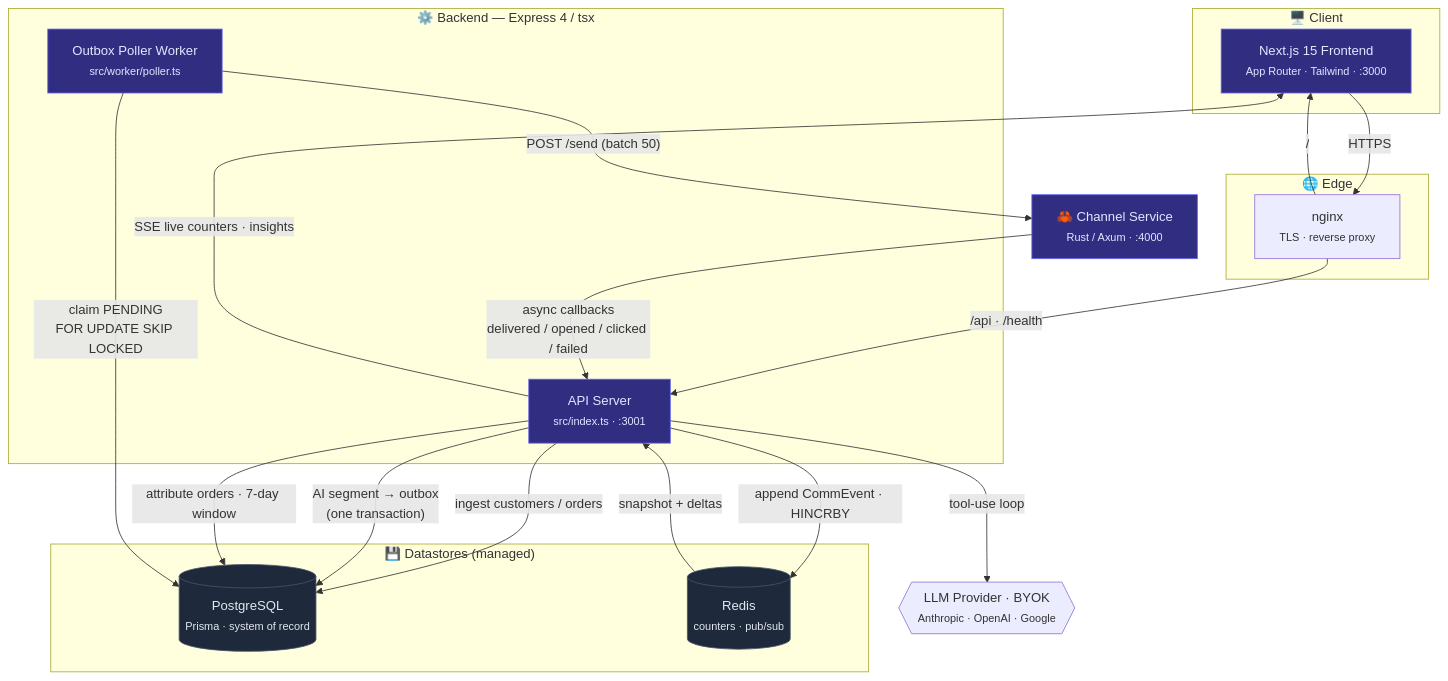
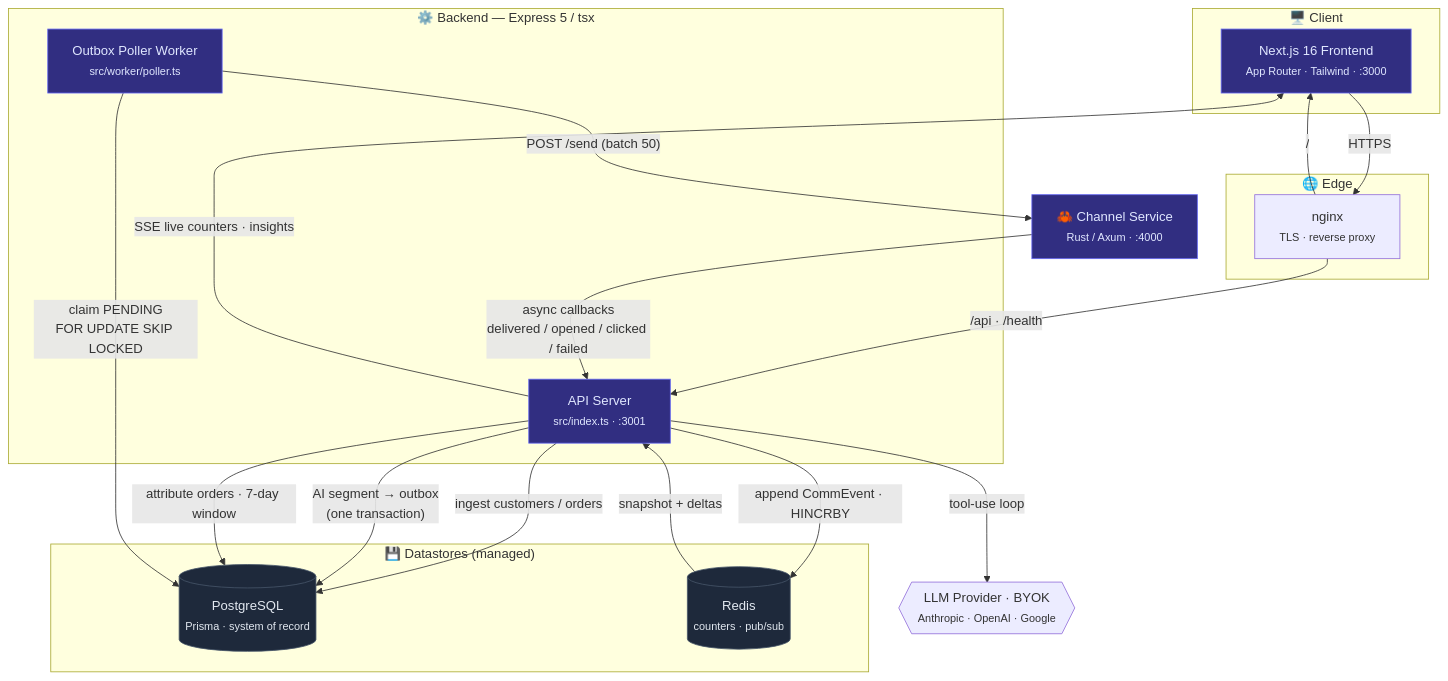
Before and after one commit to Ansh-699/xeno-crm: the diagram in README.md, drawn with Mermaid. The commit also changed other lines of this file and 4 other files, not shown here.

````diff
--- a/README.md
+++ b/README.md
@@ -49,46 +49,46 @@
 ```mermaid
 flowchart TB
   subgraph client["🖥️  Client"]
-    FE["Next.js 15 Frontend<br/><small>App Router · Tailwind · :3000</small>"]
+    FE["Next.js 16 Frontend<br/><small>App Router · Tailwind · :3000</small>"]
   end
 
   subgraph edge["🌐  Edge"]
     NGINX["nginx<br/><small>TLS · reverse proxy</small>"]
   end
 
-  subgraph backend["⚙️  Backend — Express 4 / tsx"]
+  subgraph backend["⚙️  Backend — Express 5 / tsx"]
     API["API Server<br/><small>src/index.ts · :3001</small>"]
     WORK["Outbox Poller Worker<br/><small>src/worker/poller.ts</small>"]
   end
 
   CS["🦀  Channel Service<br/><small>Rust / Axum · :4000</small>"]
 
   subgraph data["💾  Datastores (managed)"]
     PG[("PostgreSQL<br/><small>Prisma · system of record</small>")]
     RD[("Redis<br/><small>counters · pub/sub</small>")]
   end
 
   LLM{{"LLM Provider · BYOK<br/><small>Anthropic · OpenAI · Google</small>"}}
 
   FE -->|"HTTPS"| NGINX
   NGINX -->|"/api · /health"| API
   NGINX -->|"/"| FE
 
   API -->|"tool-use loop"| LLM
   API -->|"ingest customers / orders"| PG
   API -->|"AI segment → outbox<br/>(one transaction)"| PG
   API -->|"attribute orders · 7-day window"| PG
 
   WORK -->|"claim PENDING<br/>FOR UPDATE SKIP LOCKED"| PG
   WORK -->|"POST /send (batch 50)"| CS
   CS -->|"async callbacks<br/>delivered / opened / clicked / failed"| API
 
   API -->|"append CommEvent · HINCRBY"| RD
   RD -->|"snapshot + deltas"| API
   API -->|"SSE live counters · insights"| FE
 
   classDef store fill:#1e293b,stroke:#475569,color:#e2e8f0;
   classDef svc fill:#312e81,stroke:#6366f1,color:#e0e7ff;
   class PG,RD store;
   class API,WORK,CS,FE svc;
 ```
````
